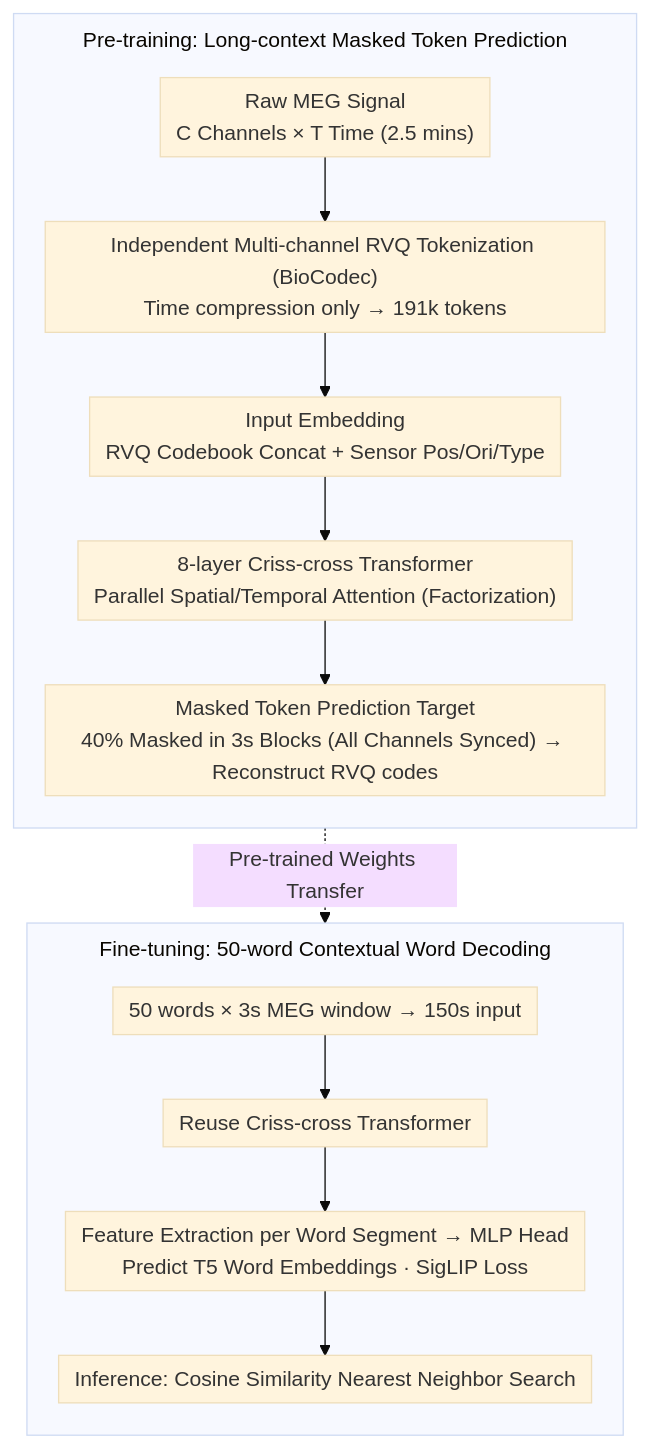
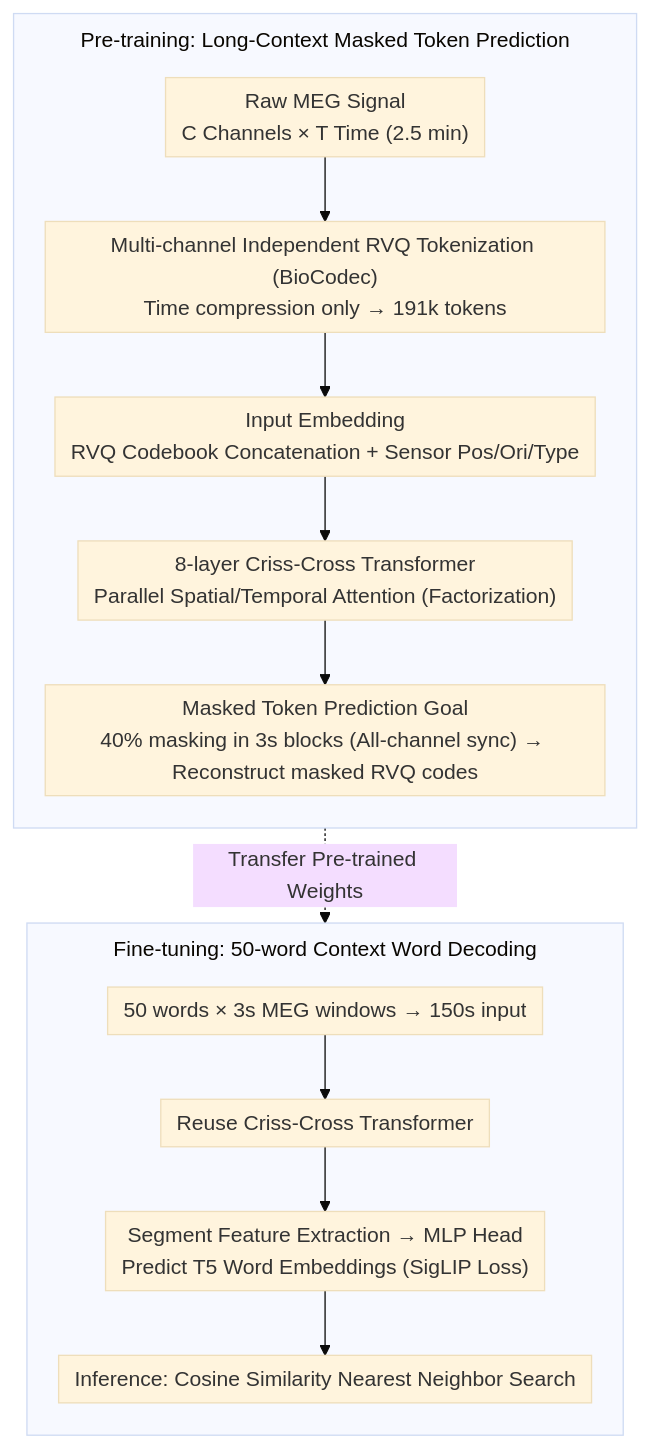
The diagram in docs/ICML2026/medical_imaging/meg-xl_data-efficient_brain-to-text_via_long-context_pre-training.md (zhaoyang97/Paper-Notes-en), drawn with Mermaid (base theme) before and after one commit. The commit also changed other lines of this file and 5084 other files, not shown here.

````diff
--- a/docs/ICML2026/medical_imaging/meg-xl_data-efficient_brain-to-text_via_long-context_pre-training.md
+++ b/docs/ICML2026/medical_imaging/meg-xl_data-efficient_brain-to-text_via_long-context_pre-training.md
@@ -45,18 +45,18 @@
 ```mermaid
 %%{init: {'flowchart': {'rankSpacing': 24, 'nodeSpacing': 28, 'padding': 6, 'wrappingWidth': 400, 'subGraphTitleMargin': {'top': 8, 'bottom': 16}}}}%%
 flowchart TD
-    subgraph PT["Pre-training: Long-context Masked Token Prediction"]
+    subgraph PT["Pre-training: Long-Context Masked Token Prediction"]
         direction TB
-        X["Raw MEG Signal<br/>C Channels × T Time (2.5 mins)"] --> TOK["Independent Multi-channel RVQ Tokenization (BioCodec)<br/>Time compression only → 191k tokens"]
-        TOK --> EMB["Input Embedding<br/>RVQ Codebook Concat + Sensor Pos/Ori/Type"]
-        EMB --> XF["8-layer Criss-cross Transformer<br/>Parallel Spatial/Temporal Attention (Factorization)"]
-        XF --> OBJ["Masked Token Prediction Target<br/>40% Masked in 3s Blocks (All Channels Synced) → Reconstruct RVQ codes"]
+        X["Raw MEG Signal<br/>C Channels × T Time (2.5 min)"] --> TOK["Multi-channel Independent RVQ Tokenization (BioCodec)<br/>Time compression only → 191k tokens"]
+        TOK --> EMB["Input Embedding<br/>RVQ Codebook Concatenation + Sensor Pos/Ori/Type"]
+        EMB --> XF["8-layer Criss-Cross Transformer<br/>Parallel Spatial/Temporal Attention (Factorization)"]
+        XF --> OBJ["Masked Token Prediction Goal<br/>40% masking in 3s blocks (All-channel sync) → Reconstruct masked RVQ codes"]
     end
-    XF -. Pre-trained Weights Transfer .-> XF2
-    subgraph FT["Fine-tuning: 50-word Contextual Word Decoding"]
+    XF -. Transfer Pre-trained Weights .-> XF2
+    subgraph FT["Fine-tuning: 50-word Context Word Decoding"]
         direction TB
-        IN["50 words × 3s MEG window → 150s input"] --> XF2["Reuse Criss-cross Transformer"]
-        XF2 --> HEAD["Feature Extraction per Word Segment → MLP Head<br/>Predict T5 Word Embeddings · SigLIP Loss"]
+        IN["50 words × 3s MEG windows → 150s input"] --> XF2["Reuse Criss-Cross Transformer"]
+        XF2 --> HEAD["Segment Feature Extraction → MLP Head<br/>Predict T5 Word Embeddings (SigLIP Loss)"]
         HEAD --> OUT["Inference: Cosine Similarity Nearest Neighbor Search"]
     end
 ```
````
